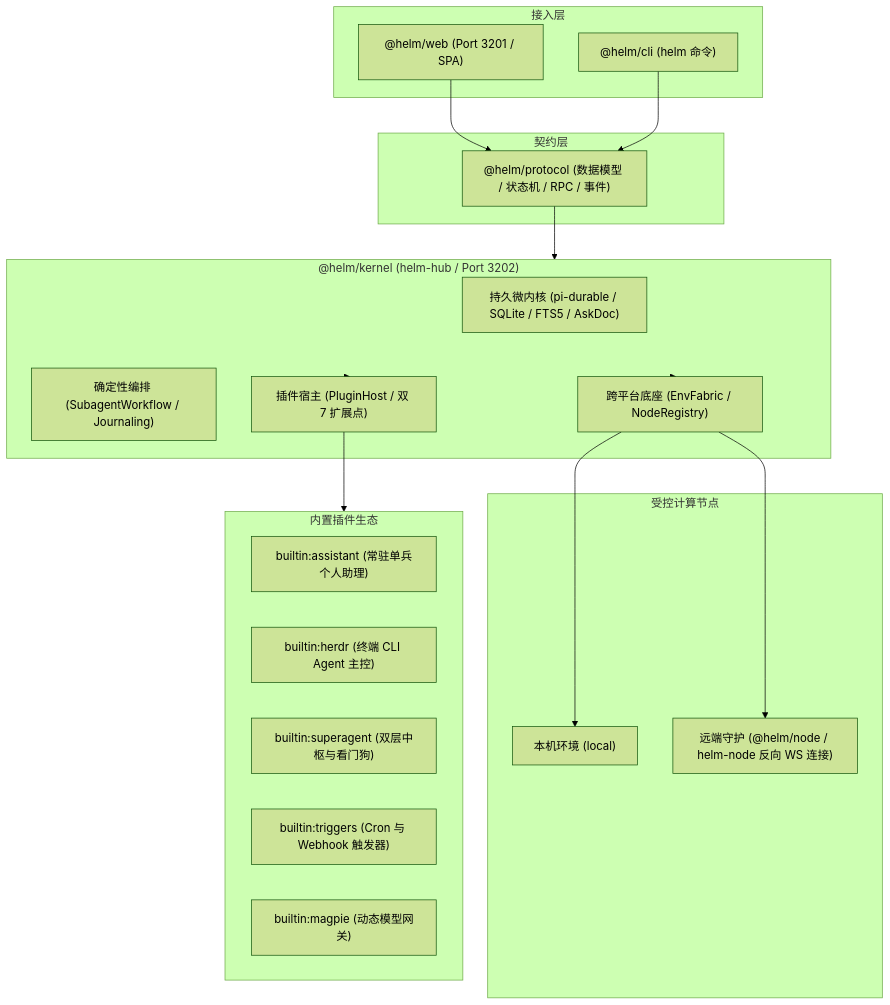
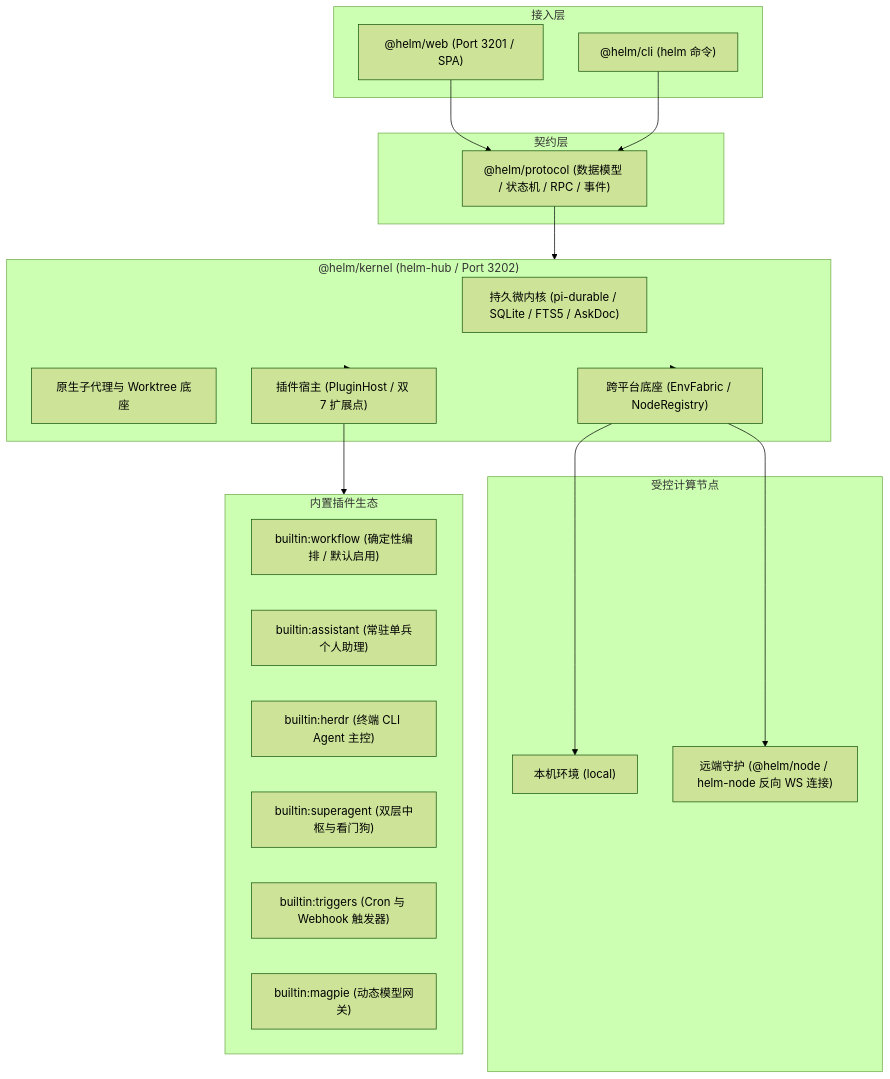
One commit to team4u/helm changed the diagram in README.md. Above: the diagram before and after it, drawn with Mermaid (forest theme). The commit also changed other lines of this file and 14 other files, not shown here.

````diff
--- a/README.md
+++ b/README.md
@@ -51,40 +51,41 @@
 ```mermaid
 flowchart TD
     subgraph Client["接入层"]
         Web["@helm/web (Port 3201 / SPA)"]
         CLI["@helm/cli (helm 命令)"]
     end
 
     subgraph Protocol["契约层"]
         Prot["@helm/protocol (数据模型 / 状态机 / RPC / 事件)"]
     end
 
     subgraph Kernel["@helm/kernel (helm-hub / Port 3202)"]
         Durable["持久微内核 (pi-durable / SQLite / FTS5 / AskDoc)"]
-        Engine["确定性编排 (SubagentWorkflow / Journaling)"]
+        Spawn["原生子代理与 Worktree 底座"]
         Fabric["跨平台底座 (EnvFabric / NodeRegistry)"]
         Host["插件宿主 (PluginHost / 双 7 扩展点)"]
     end
 
     subgraph Nodes["受控计算节点"]
         Local["本机环境 (local)"]
         Remote["远端守护 (@helm/node / helm-node 反向 WS 连接)"]
     end
 
     subgraph Plugins["内置插件生态"]
+        P0["builtin:workflow (确定性编排 / 默认启用)"]
         P1["builtin:assistant (常驻单兵个人助理)"]
         P2["builtin:herdr (终端 CLI Agent 主控)"]
         P3["builtin:superagent (双层中枢与看门狗)"]
         P4["builtin:triggers (Cron 与 Webhook 触发器)"]
         P5["builtin:magpie (动态模型网关)"]
     end
 
     Web --> Prot
     CLI --> Prot
     Prot --> Kernel
     Kernel --> Fabric
     Fabric --> Local
     Fabric --> Remote
     Kernel --> Host
     Host --> Plugins
 ```
````
